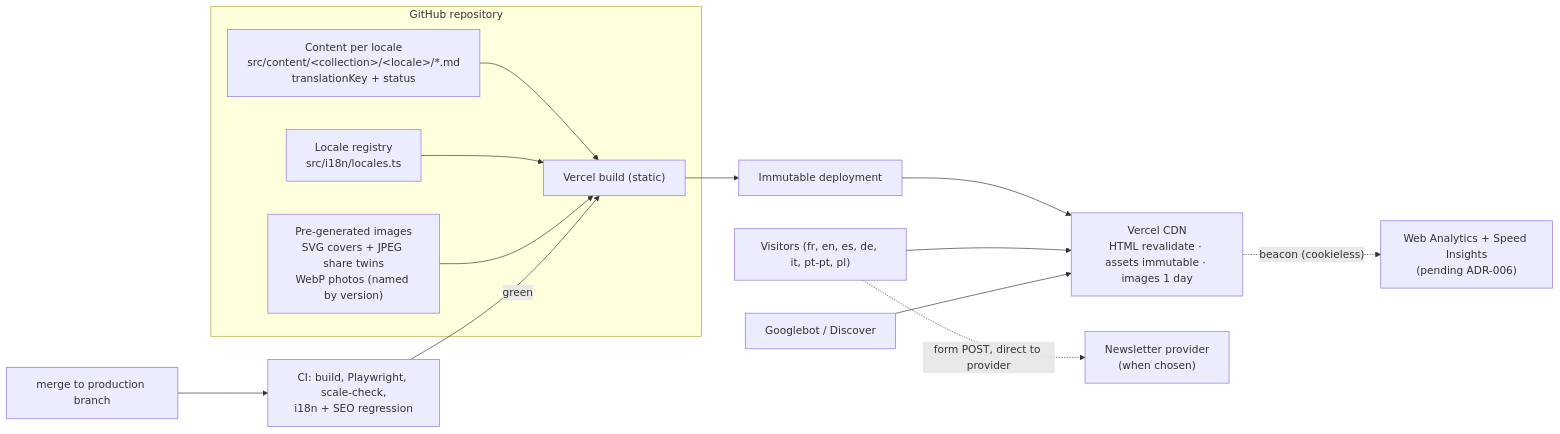
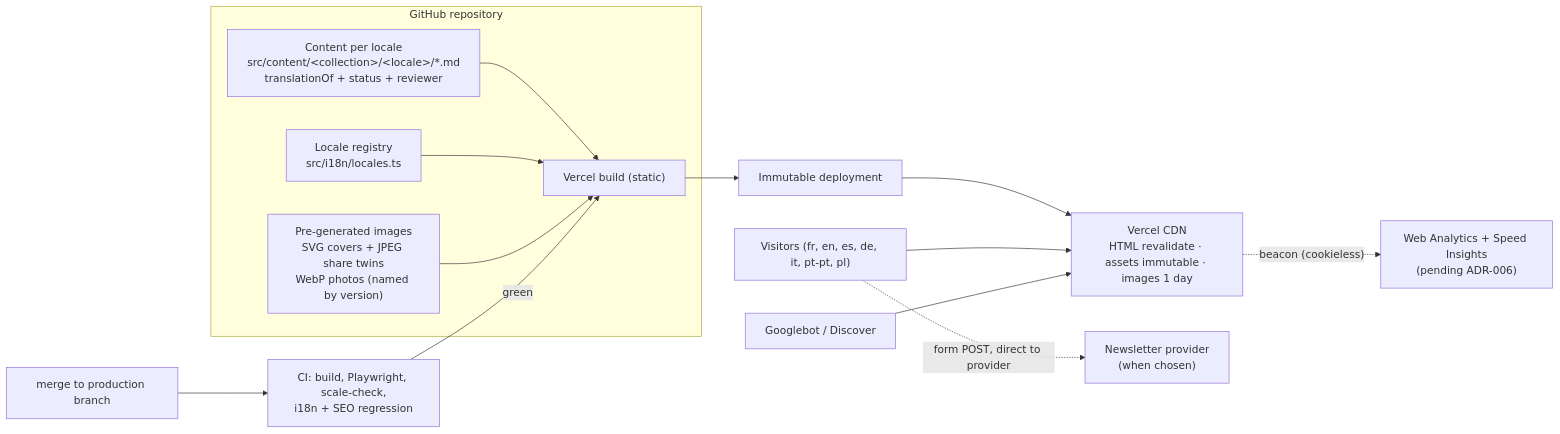
One commit to mountagad1/aloessential changed the second of 2 diagrams in docs/architecture/TARGET_ARCHITECTURE.md. Above: the diagram before and after it, drawn with Mermaid. The commit also changed other lines of this file and 31 other files, not shown here.

````diff
--- a/docs/architecture/TARGET_ARCHITECTURE.md
+++ b/docs/architecture/TARGET_ARCHITECTURE.md
@@ -28,17 +28,17 @@
 ```mermaid
 flowchart LR
   subgraph Repo["GitHub repository"]
-    Content["Content per locale<br/>src/content/&lt;collection&gt;/&lt;locale&gt;/*.md<br/>translationKey + status"] --> Build
+    Content["Content per locale<br/>src/content/&lt;collection&gt;/&lt;locale&gt;/*.md<br/>translationOf + status + reviewer"] --> Build
     Locales["Locale registry<br/>src/i18n/locales.ts"] --> Build
     Media["Pre-generated images<br/>SVG covers + JPEG share twins<br/>WebP photos (named by version)"] --> Build
   end
   Push["merge to production branch"] --> CI["CI: build, Playwright, scale-check,<br/>i18n + SEO regression"]
   CI -->|"green"| Build["Vercel build (static)"]
   Build --> Deploy["Immutable deployment"]
   Deploy --> CDN["Vercel CDN<br/>HTML revalidate · assets immutable · images 1 day"]
   User["Visitors (fr, en, es, de, it, pt-pt, pl)"] --> CDN
   Crawler["Googlebot / Discover"] --> CDN
   CDN -. "beacon (cookieless)" .-> RUM["Web Analytics + Speed Insights<br/>(pending ADR-006)"]
   Newsletter["Newsletter provider<br/>(when chosen)"]
   User -. "form POST, direct to provider" .-> Newsletter
 ```
````
